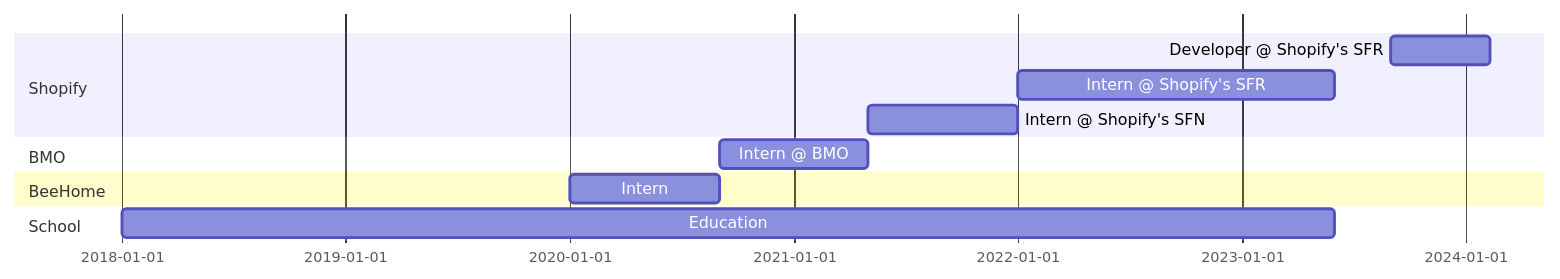
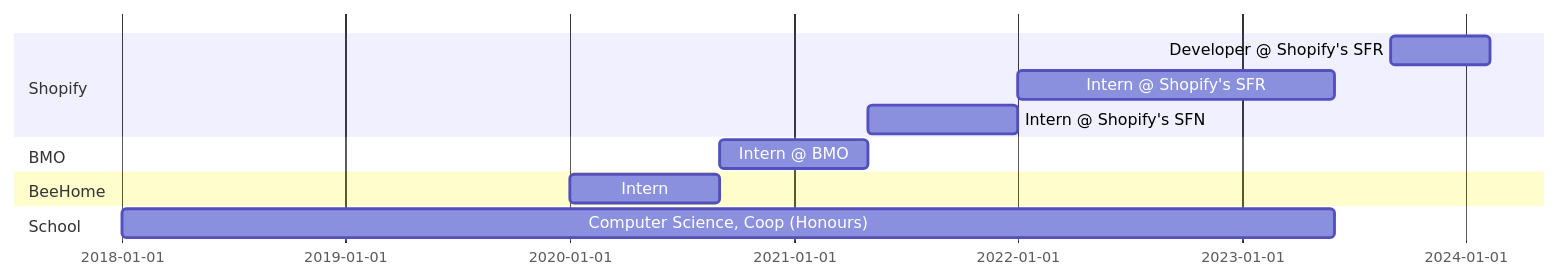
The diagram in README.md (trevor-clarke/trevor-clarke), drawn with Mermaid before and after one commit.

Commit message:
Update education section in README.md

````diff
--- a/README.md
+++ b/README.md
@@ -13,20 +13,20 @@
 ```mermaid
 
 gantt
     dateFormat  YYYY-MM-DD
 
     section Shopify
     Developer @ Shopify's SFR :a1, 2023-09-01, 2024-02-09
     Intern @ Shopify's SFR    :after a1, 2022-01-01, 2023-05-31
     Intern @ Shopify's SFN :2021-05-01, 2021-12-31
 
     section BMO
     Intern @ BMO    :2020-09-01, 2021-04-30
 
     section BeeHome
     Intern    :2020-01-01, 2020-08-31
 
     section School
-    Education :2018-01-01, 2023-05-31
+    Computer Science, Coop (Honours) :2018-01-01, 2023-05-31
     
 ```
````
